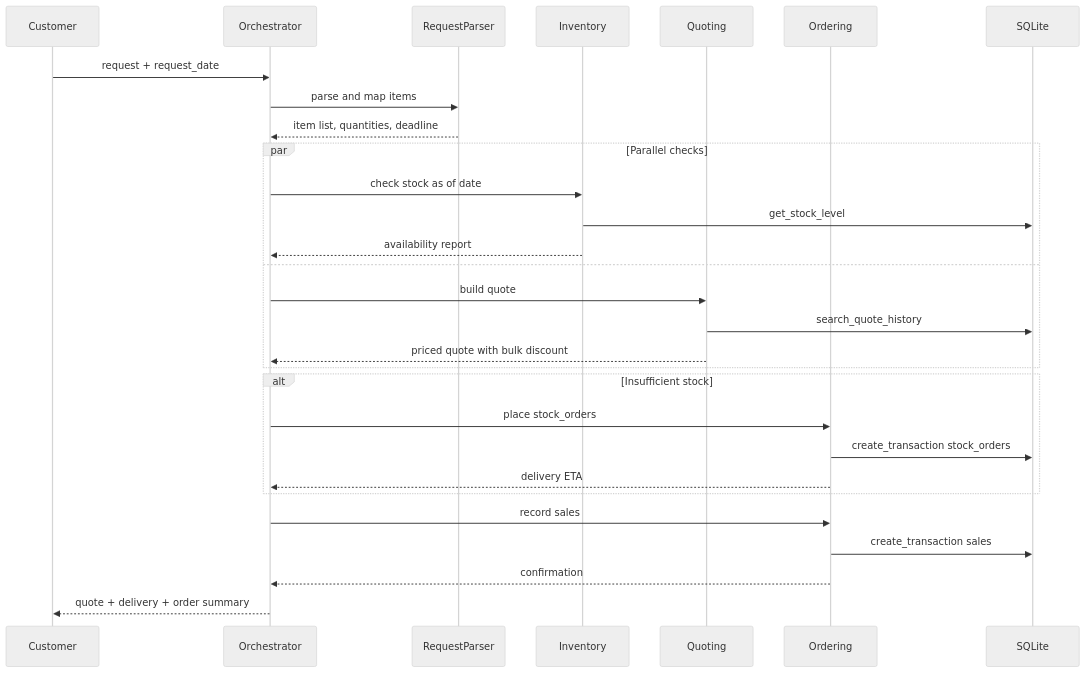
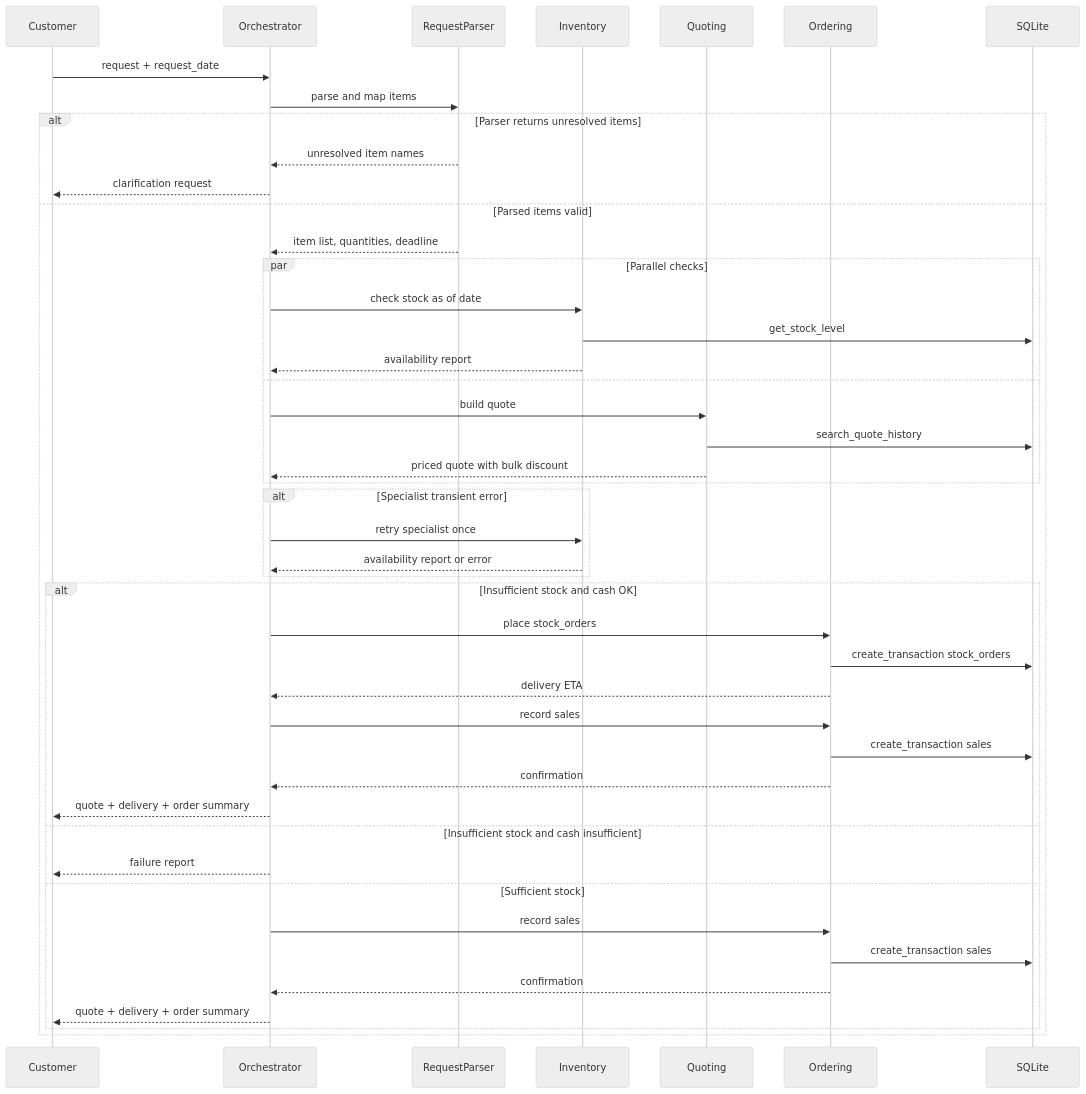
The second of 5 diagrams in WORKFLOW.md (luis-frias/munder-difflin-multi-agent-project), drawn with Mermaid (neutral theme) before and after one commit. The commit also changed other lines of this file and 2 other files, not shown here.

Commit message:
Add design documentation covering routing, state management, failure handling, and multi-agent coordination.

````diff
--- a/WORKFLOW.md
+++ b/WORKFLOW.md
@@ -44,32 +44,48 @@
 ```mermaid
 sequenceDiagram
     participant Cust as Customer
     participant Orch as Orchestrator
     participant Parse as RequestParser
     participant Inv as Inventory
     participant Quote as Quoting
     participant Ord as Ordering
     participant DB as SQLite
 
     Cust->>Orch: request + request_date
     Orch->>Parse: parse and map items
-    Parse-->>Orch: item list, quantities, deadline
-    par Parallel checks
-        Orch->>Inv: check stock as of date
-        Inv->>DB: get_stock_level
-        Inv-->>Orch: availability report
-    and
-        Orch->>Quote: build quote
-        Quote->>DB: search_quote_history
-        Quote-->>Orch: priced quote with bulk discount
+    alt Parser returns unresolved items
+        Parse-->>Orch: unresolved item names
+        Orch-->>Cust: clarification request
+    else Parsed items valid
+        Parse-->>Orch: item list, quantities, deadline
+        par Parallel checks
+            Orch->>Inv: check stock as of date
+            Inv->>DB: get_stock_level
+            Inv-->>Orch: availability report
+        and
+            Orch->>Quote: build quote
+            Quote->>DB: search_quote_history
+            Quote-->>Orch: priced quote with bulk discount
+        end
+        alt Specialist transient error
+            Orch->>Inv: retry specialist once
+            Inv-->>Orch: availability report or error
+        end
+        alt Insufficient stock and cash OK
+            Orch->>Ord: place stock_orders
+            Ord->>DB: create_transaction stock_orders
+            Ord-->>Orch: delivery ETA
+            Orch->>Ord: record sales
+            Ord->>DB: create_transaction sales
+            Ord-->>Orch: confirmation
+            Orch-->>Cust: quote + delivery + order summary
+        else Insufficient stock and cash insufficient
+            Orch-->>Cust: failure report
+        else Sufficient stock
+            Orch->>Ord: record sales
+            Ord->>DB: create_transaction sales
+            Ord-->>Orch: confirmation
+            Orch-->>Cust: quote + delivery + order summary
+        end
     end
-    alt Insufficient stock
-        Orch->>Ord: place stock_orders
-        Ord->>DB: create_transaction stock_orders
-        Ord-->>Orch: delivery ETA
-    end
-    Orch->>Ord: record sales
-    Ord->>DB: create_transaction sales
-    Ord-->>Orch: confirmation
-    Orch-->>Cust: quote + delivery + order summary
 ```
````
